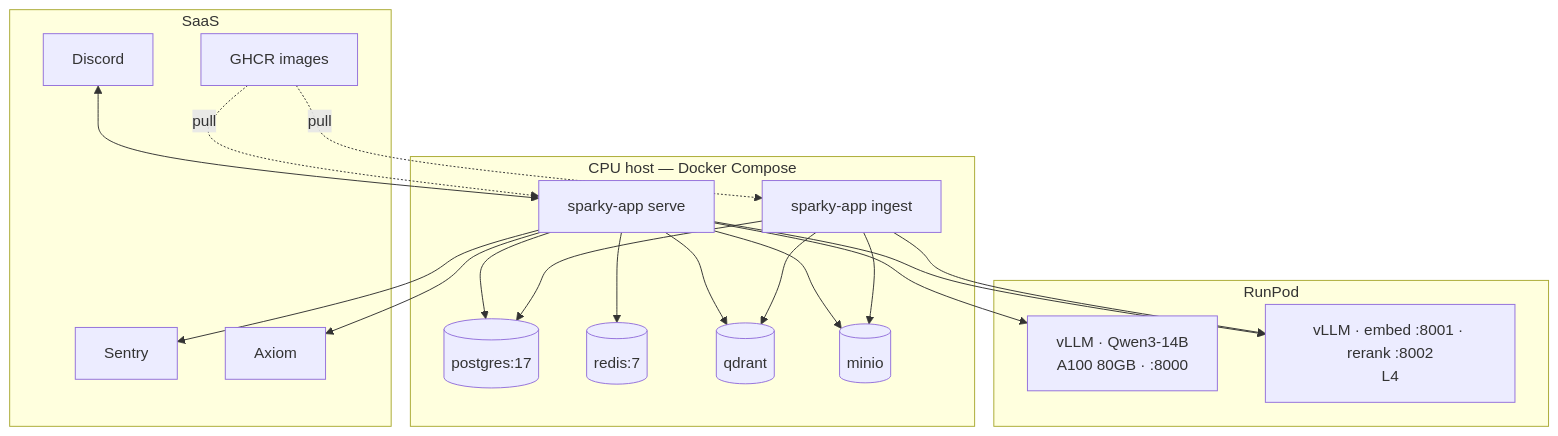
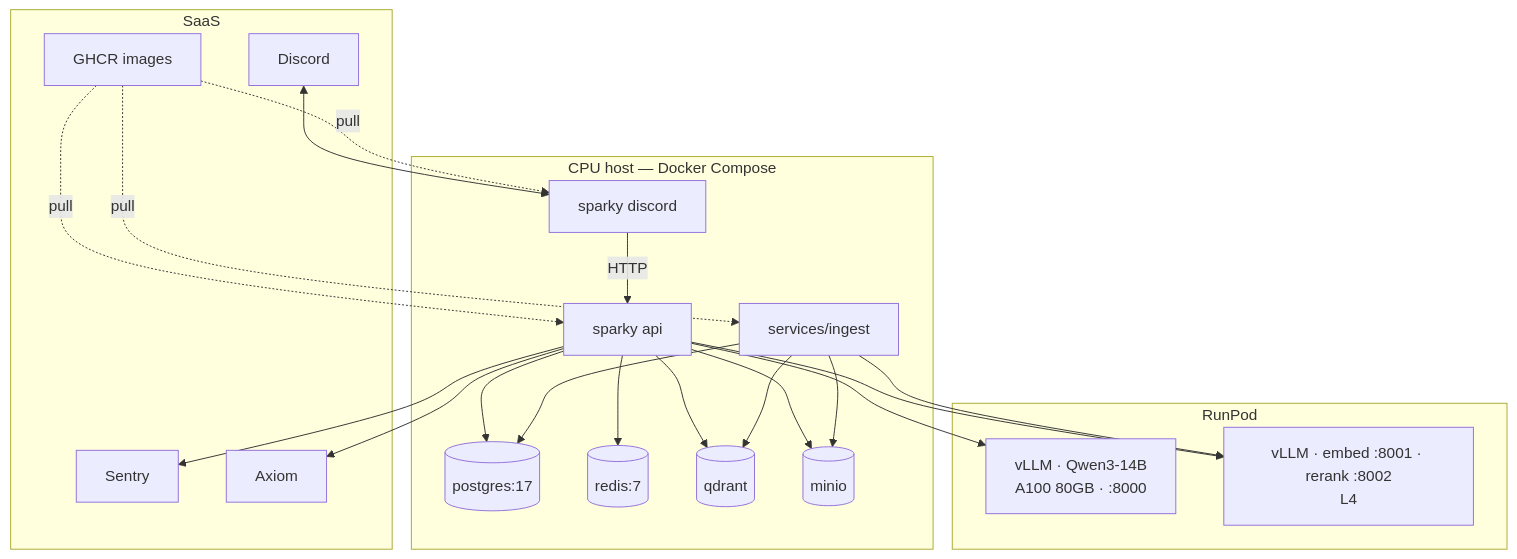
One commit to ashworks1706/SparkyAI changed the ninth of 9 diagrams in docs/ARCHITECTURE.md. Above: the diagram before and after it, drawn with Mermaid. The commit also changed other lines of this file and 129 other files, not shown here.

````diff
--- a/docs/ARCHITECTURE.md
+++ b/docs/ARCHITECTURE.md
@@ -385,25 +395,27 @@
 ```mermaid
 flowchart TB
     subgraph host [CPU host — Docker Compose]
-        APP[sparky-app serve]
-        ING[sparky-app ingest]
+        BOT[sparky discord]
+        APP[sparky api]
+        ING[services/ingest]
         PG[(postgres:17)]
         RD[(redis:7)]
         QD[(qdrant)]
         MN[(minio)]
     end
     subgraph runpod [RunPod]
         V1[vLLM · Qwen3-14B<br/>A100 80GB · :8000]
         V2[vLLM · embed :8001 · rerank :8002<br/>L4]
     end
     subgraph saas [SaaS]
         DC[Discord]
         SE[Sentry]
         AX[Axiom]
         GH[GHCR images]
     end
-    DC <--> APP
+    DC <--> BOT
+    BOT -->|HTTP| APP
     APP --> V1 & V2 & PG & RD & QD & MN & SE & AX
     ING --> V2 & PG & QD & MN
-    GH -.->|pull| APP & ING
+    GH -.->|pull| BOT & APP & ING
 ```
````
